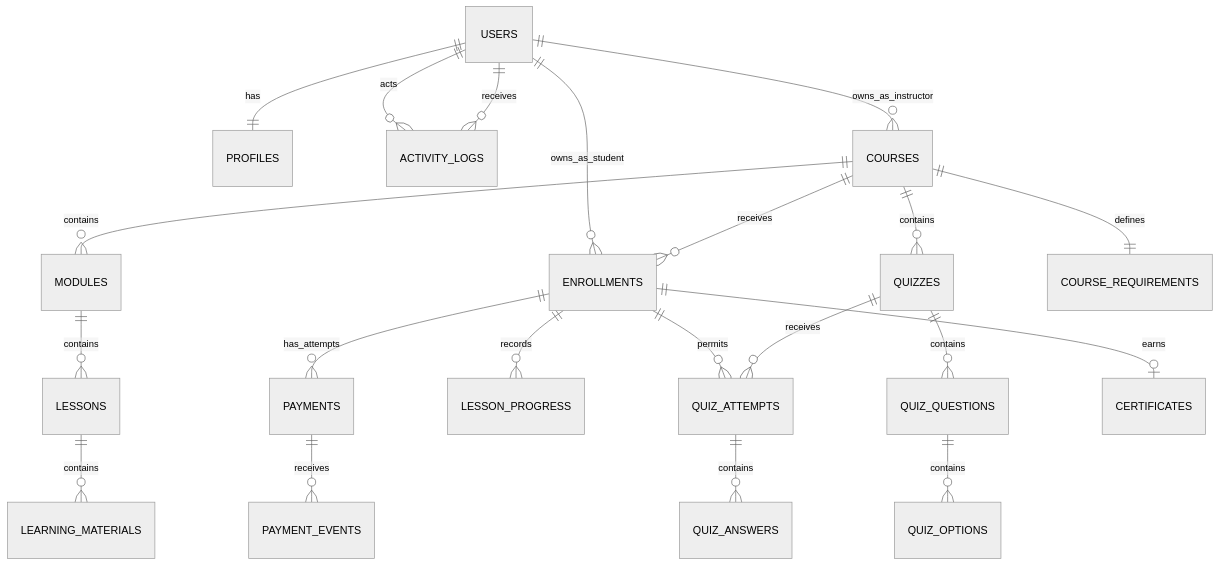
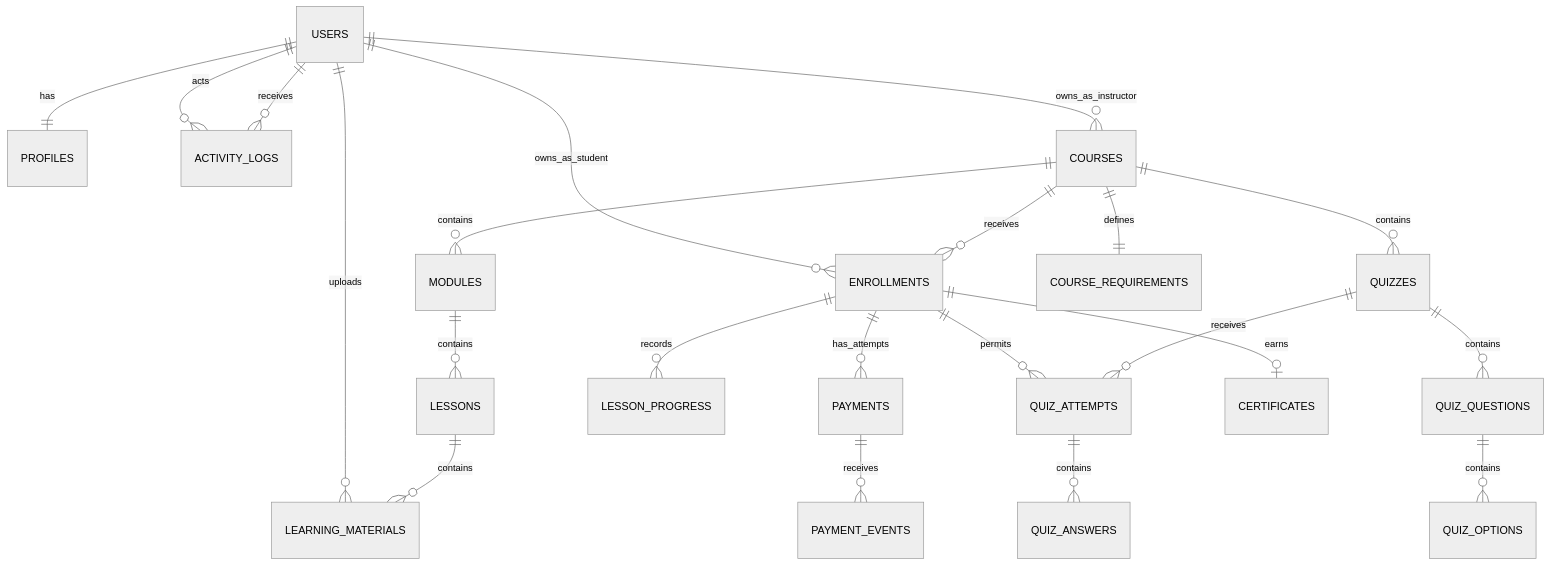
Before and after one commit to SNooZeJay/lms-project: the ninth of 12 diagrams in docs/architecture.md, drawn with Mermaid (neutral theme). The commit also changed other lines of this file and 15 other files, not shown here.

````diff
--- a/docs/architecture.md
+++ b/docs/architecture.md
@@ -691,23 +696,24 @@
 ```mermaid
 erDiagram
     USERS ||--|| PROFILES : has
     USERS ||--o{ ACTIVITY_LOGS : acts
     USERS ||--o{ ACTIVITY_LOGS : receives
     USERS ||--o{ COURSES : owns_as_instructor
+    USERS ||--o{ LEARNING_MATERIALS : uploads
     USERS ||--o{ ENROLLMENTS : owns_as_student
     COURSES ||--o{ MODULES : contains
     MODULES ||--o{ LESSONS : contains
     LESSONS ||--o{ LEARNING_MATERIALS : contains
     COURSES ||--o{ ENROLLMENTS : receives
     ENROLLMENTS ||--o{ PAYMENTS : has_attempts
     PAYMENTS ||--o{ PAYMENT_EVENTS : receives
     ENROLLMENTS ||--o{ LESSON_PROGRESS : records
     COURSES ||--o{ QUIZZES : contains
     QUIZZES ||--o{ QUIZ_QUESTIONS : contains
     QUIZ_QUESTIONS ||--o{ QUIZ_OPTIONS : contains
     ENROLLMENTS ||--o{ QUIZ_ATTEMPTS : permits
     QUIZZES ||--o{ QUIZ_ATTEMPTS : receives
     QUIZ_ATTEMPTS ||--o{ QUIZ_ANSWERS : contains
     ENROLLMENTS ||--o| CERTIFICATES : earns
     COURSES ||--|| COURSE_REQUIREMENTS : defines
 ```
````
